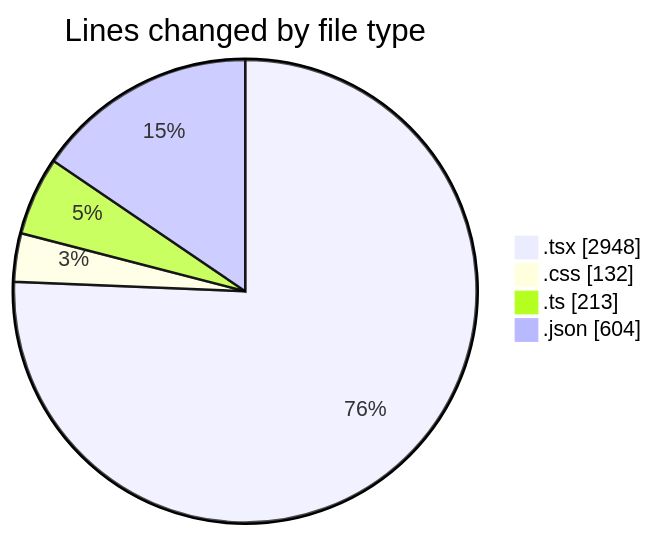
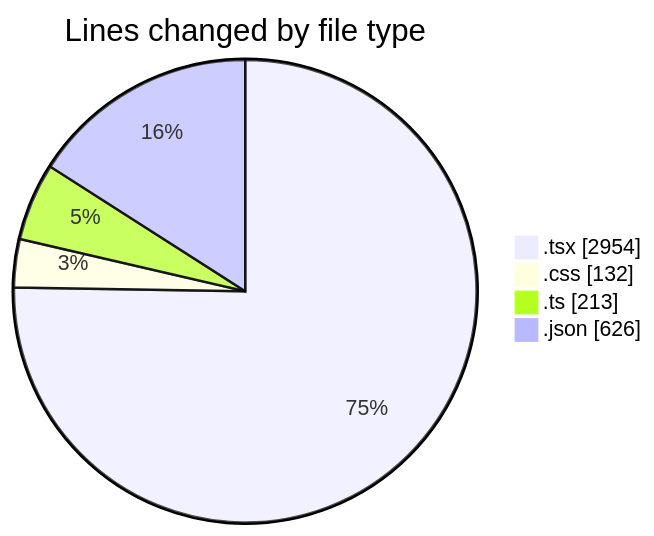
The first of 2 diagrams in 2025-05-06/niten/README.md (Elitesun/code-tracking), drawn with Mermaid before and after one commit. The commit also changed other lines of this file and 1 other file, not shown here.

````diff
--- a/2025-05-06/niten/README.md
+++ b/2025-05-06/niten/README.md
@@ -56,8 +58,8 @@
 ```mermaid
 pie showData
 title Lines changed by file type
-".tsx" : 2948
+".tsx" : 2954
 ".css" : 132
 ".ts" : 213
-".json" : 604
+".json" : 626
 ```
````
